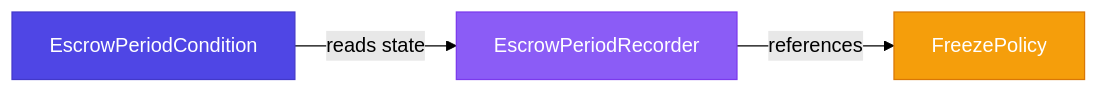
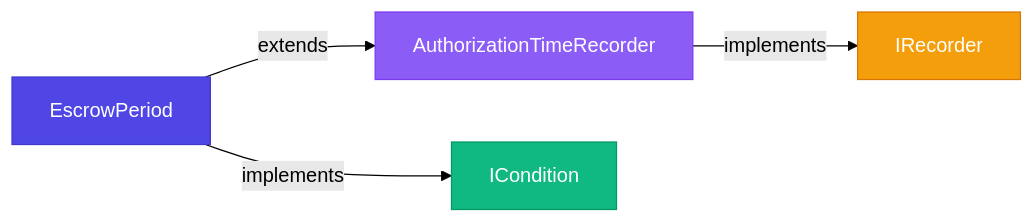
The diagram in contracts/factories.mdx (BackTrackCo/docs), drawn with Mermaid (forest theme) before and after one commit. The commit also changed other lines of this file and 3 other files, not shown here.

````diff
--- a/contracts/factories.mdx
+++ b/contracts/factories.mdx
@@ -236,9 +231,11 @@
 ```mermaid
 flowchart LR
-    Condition[EscrowPeriodCondition] -->|reads state| Recorder[EscrowPeriodRecorder]
-    Recorder -->|references| Policy[FreezePolicy]
+    EP[EscrowPeriod] -->|extends| ATR[AuthorizationTimeRecorder]
+    EP -->|implements| IC[ICondition]
+    ATR -->|implements| IR[IRecorder]
 
-    style Condition fill:#4f46e5,stroke:#4338ca,color:#fff
-    style Recorder fill:#8b5cf6,stroke:#7c3aed,color:#fff
-    style Policy fill:#f59e0b,stroke:#d97706,color:#fff
+    style EP fill:#4f46e5,stroke:#4338ca,color:#fff
+    style ATR fill:#8b5cf6,stroke:#7c3aed,color:#fff
+    style IC fill:#10b981,stroke:#059669,color:#fff
+    style IR fill:#f59e0b,stroke:#d97706,color:#fff
 ```
````
